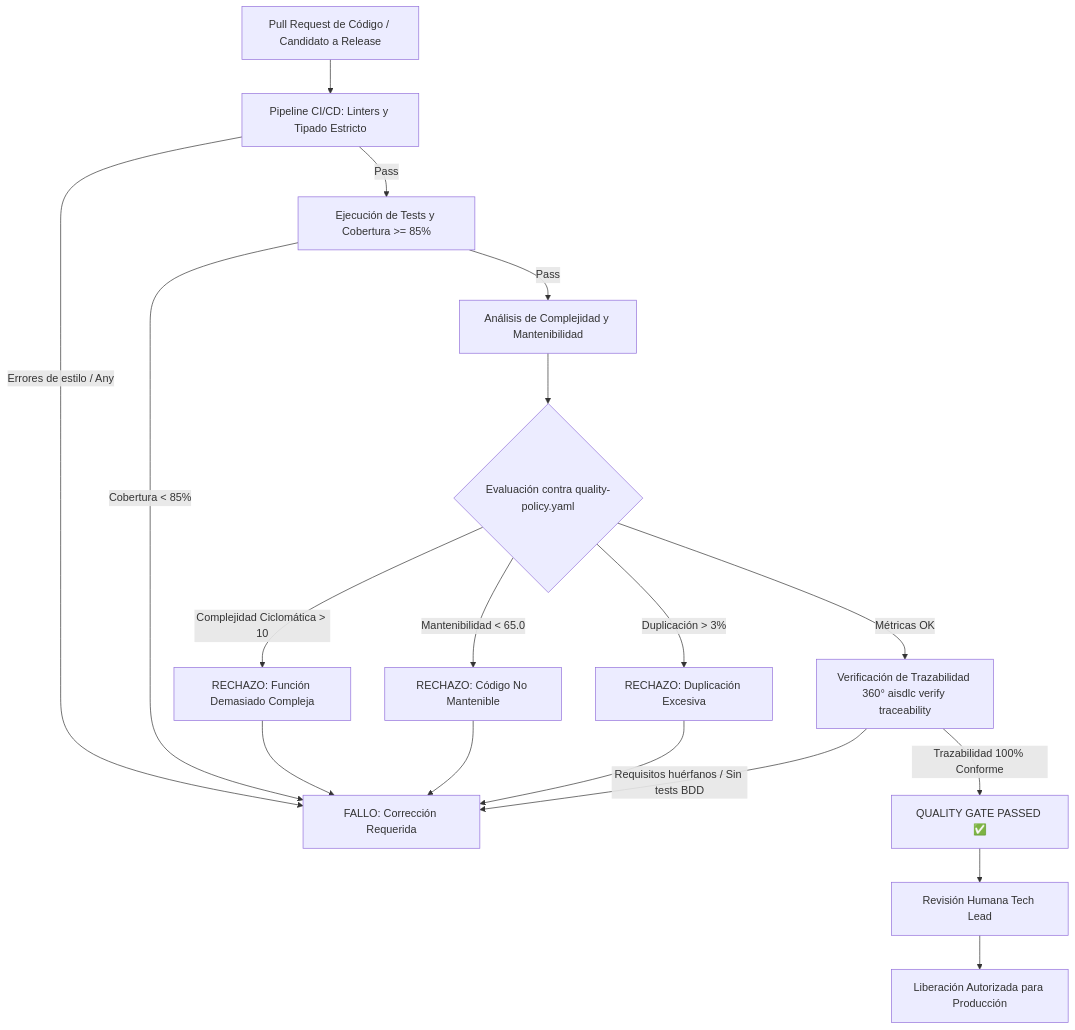
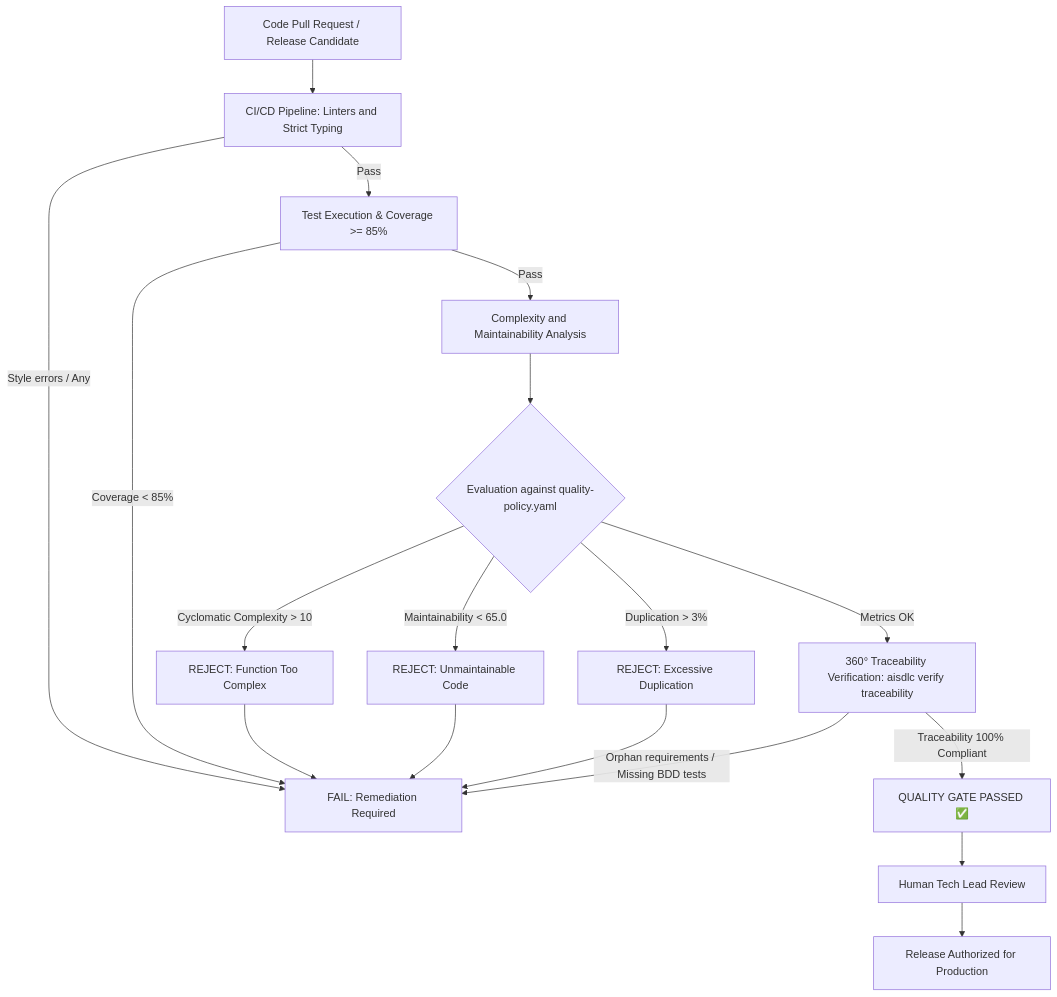
The diagram in process/10_quality_management_and_release_gates.md (altromon/AI-SDLC), drawn with Mermaid before and after one commit. The commit also changed other lines of this file and 125 other files, not shown here.

````diff
--- a/process/10_quality_management_and_release_gates.md
+++ b/process/10_quality_management_and_release_gates.md
@@ -115,25 +115,25 @@
 ```mermaid
 flowchart TD
-    A[Pull Request de Código / Candidato a Release] --> B[Pipeline CI/CD: Linters y Tipado Estricto]
-    B -->|Errores de estilo / Any| X[FALLO: Corrección Requerida]
+    A[Code Pull Request / Release Candidate] --> B[CI/CD Pipeline: Linters and Strict Typing]
+    B -->|Style errors / Any| X[FAIL: Remediation Required]
 
-    B -->|Pass| C[Ejecución de Tests y Cobertura >= 85%]
-    C -->|Cobertura < 85%| X
+    B -->|Pass| C[Test Execution & Coverage >= 85%]
+    C -->|Coverage < 85%| X
 
-    C -->|Pass| D[Análisis de Complejidad y Mantenibilidad]
-    D --> E{Evaluación contra quality-policy.yaml}
+    C -->|Pass| D[Complexity and Maintainability Analysis]
+    D --> E{Evaluation against quality-policy.yaml}
 
-    E -->|Complejidad Ciclomática > 10| F[RECHAZO: Función Demasiado Compleja]
-    E -->|Mantenibilidad < 65.0| G[RECHAZO: Código No Mantenible]
-    E -->|Duplicación > 3%| H[RECHAZO: Duplicación Excesiva]
+    E -->|Cyclomatic Complexity > 10| F[REJECT: Function Too Complex]
+    E -->|Maintainability < 65.0| G[REJECT: Unmaintainable Code]
+    E -->|Duplication > 3%| H[REJECT: Excessive Duplication]
 
     F --> X
     G --> X
     H --> X
 
-    E -->|Métricas OK| T[Verificación de Trazabilidad 360° aisdlc verify traceability]
-    T -->|Requisitos huérfanos / Sin tests BDD| X
-    T -->|Trazabilidad 100% Conforme| I[QUALITY GATE PASSED ✅]
-    I --> J[Revisión Humana Tech Lead]
-    J --> K[Liberación Autorizada para Producción]
+    E -->|Metrics OK| T[360° Traceability Verification: aisdlc verify traceability]
+    T -->|Orphan requirements / Missing BDD tests| X
+    T -->|Traceability 100% Compliant| I[QUALITY GATE PASSED ✅]
+    I --> J[Human Tech Lead Review]
+    J --> K[Release Authorized for Production]
 ```
````
